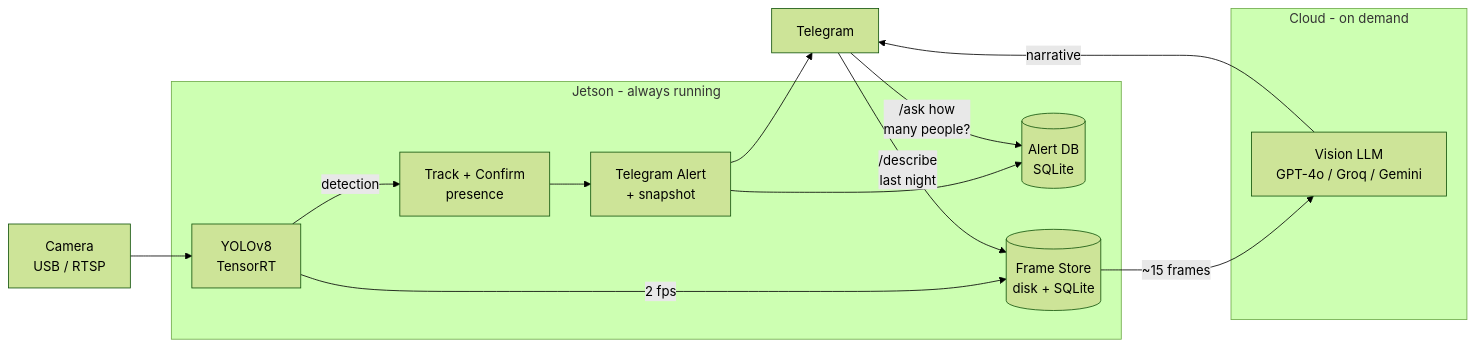
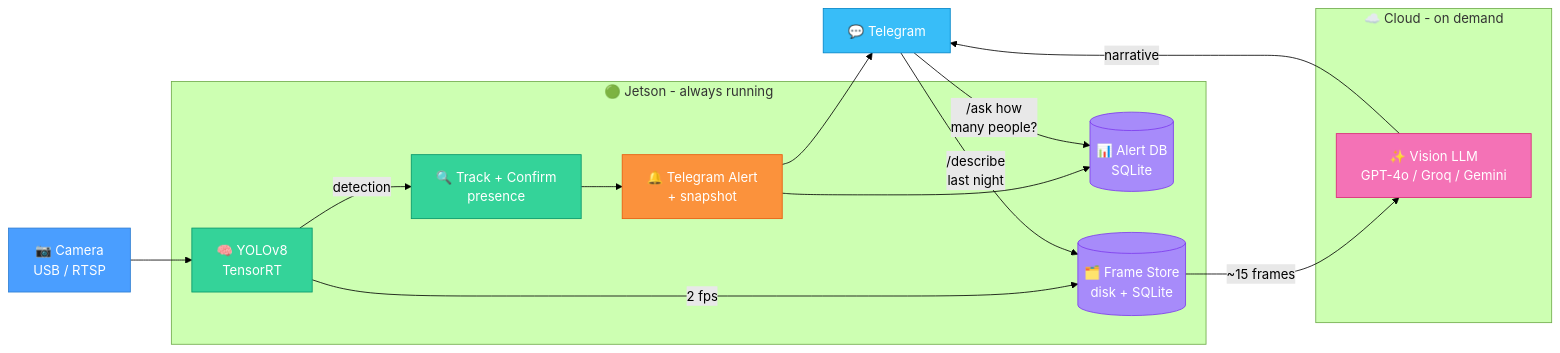
Before and after one commit to ajmalrasi/jetson-yolo-alert: the diagram in README.md, drawn with Mermaid (forest theme).

Commit message:
docs: add colors and icons to mermaid diagram
Made-with: Cursor

````diff
--- a/README.md
+++ b/README.md
@@ -41,27 +41,34 @@
 ```mermaid
 flowchart LR
-    cam["Camera\nUSB / RTSP"]
+    cam["📷 Camera\nUSB / RTSP"]:::input
 
-    subgraph jetson [Jetson - always running]
-        yolo["YOLOv8\nTensorRT"]
-        track["Track + Confirm\npresence"]
-        alert["Telegram Alert\n+ snapshot"]
-        alertdb[("Alert DB\nSQLite")]
-        frames[("Frame Store\ndisk + SQLite")]
+    subgraph jetson [🟢 Jetson - always running]
+        yolo["🧠 YOLOv8\nTensorRT"]:::detect
+        track["🔍 Track + Confirm\npresence"]:::detect
+        alert["🔔 Telegram Alert\n+ snapshot"]:::alertNode
+        alertdb[("📊 Alert DB\nSQLite")]:::store
+        frames[("🗂️ Frame Store\ndisk + SQLite")]:::store
     end
 
-    subgraph cloud [Cloud - on demand]
-        vlm["Vision LLM\nGPT-4o / Groq / Gemini"]
+    subgraph cloud [☁️ Cloud - on demand]
+        vlm["✨ Vision LLM\nGPT-4o / Groq / Gemini"]:::vlmNode
     end
 
-    tg["Telegram"]
+    tg["💬 Telegram"]:::tgNode
 
     cam --> yolo
     yolo -->|"detection"| track --> alert --> tg
     alert --> alertdb
     yolo -->|"2 fps"| frames
     tg -->|"/describe\nlast night"| frames
     frames -->|"~15 frames"| vlm
     vlm -->|"narrative"| tg
     tg -->|"/ask how\nmany people?"| alertdb
+
+    classDef input fill:#4a9eff,stroke:#2d7dd2,color:#fff
+    classDef detect fill:#34d399,stroke:#059669,color:#fff
+    classDef alertNode fill:#fb923c,stroke:#ea580c,color:#fff
+    classDef store fill:#a78bfa,stroke:#7c3aed,color:#fff
+    classDef vlmNode fill:#f472b6,stroke:#db2777,color:#fff
+    classDef tgNode fill:#38bdf8,stroke:#0284c7,color:#fff
 ```
````
